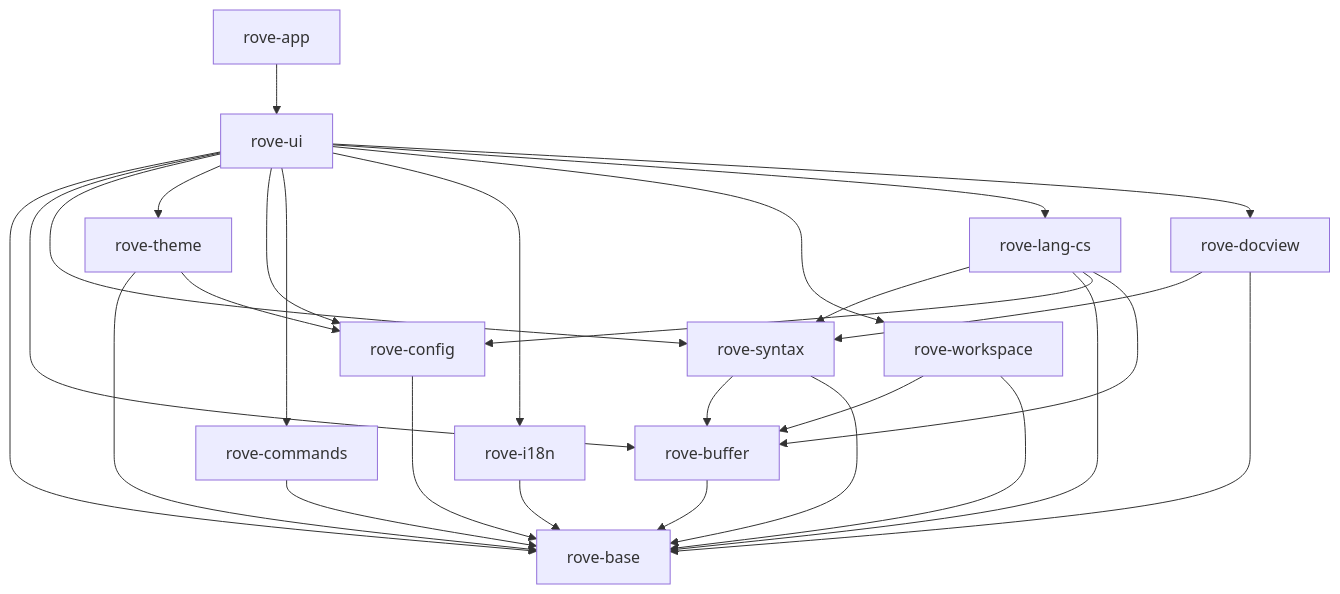
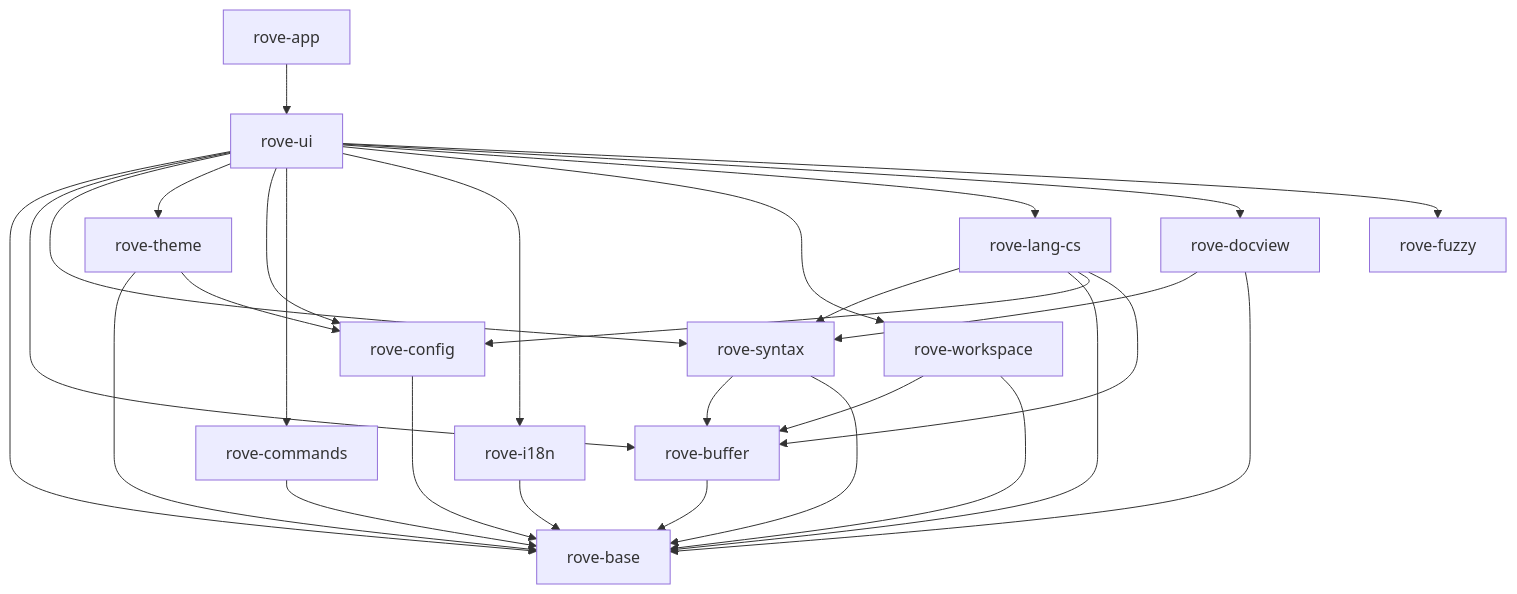
Before and after one commit to Zhao-wl/Rove: the diagram in docs/ARCHITECTURE.md, drawn with Mermaid. The commit also changed other lines of this file and 34 other files, not shown here.

````diff
--- a/docs/ARCHITECTURE.md
+++ b/docs/ARCHITECTURE.md
@@ -16,30 +16,31 @@
 ```mermaid
 flowchart TD
  app[rove-app] --> ui[rove-ui]
  ui --> base[rove-base]
  ui --> buffer[rove-buffer]
  ui --> syntax[rove-syntax]
  ui --> theme[rove-theme]
  ui --> config[rove-config]
  ui --> commands[rove-commands]
  ui --> i18n[rove-i18n]
  ui --> workspace[rove-workspace]
  ui --> cs[rove-lang-cs]
  ui --> docview[rove-docview]
+ ui --> fuzzy[rove-fuzzy]
  buffer --> base
  syntax --> buffer
  syntax --> base
  theme --> base
  theme --> config
  config --> base
  commands --> base
  i18n --> base
  workspace --> buffer
  workspace --> base
  cs --> syntax
  cs --> base
  docview --> syntax
  docview --> base
  cs --> config
  cs --> buffer
 ```
````
